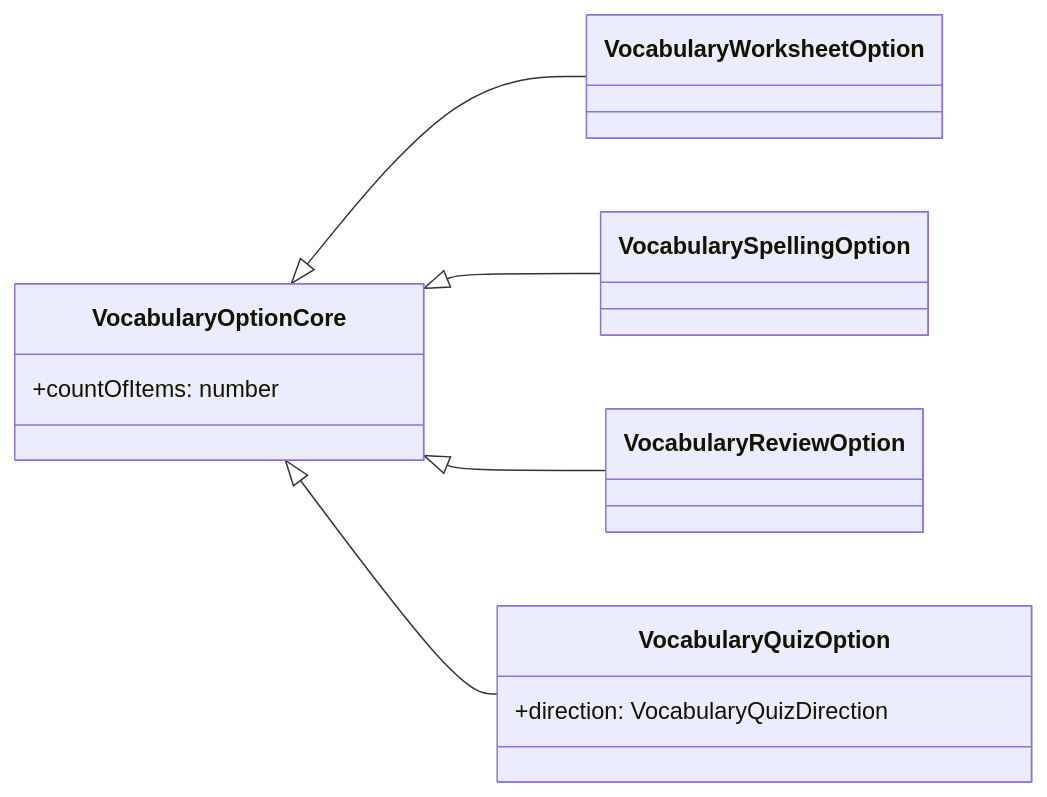
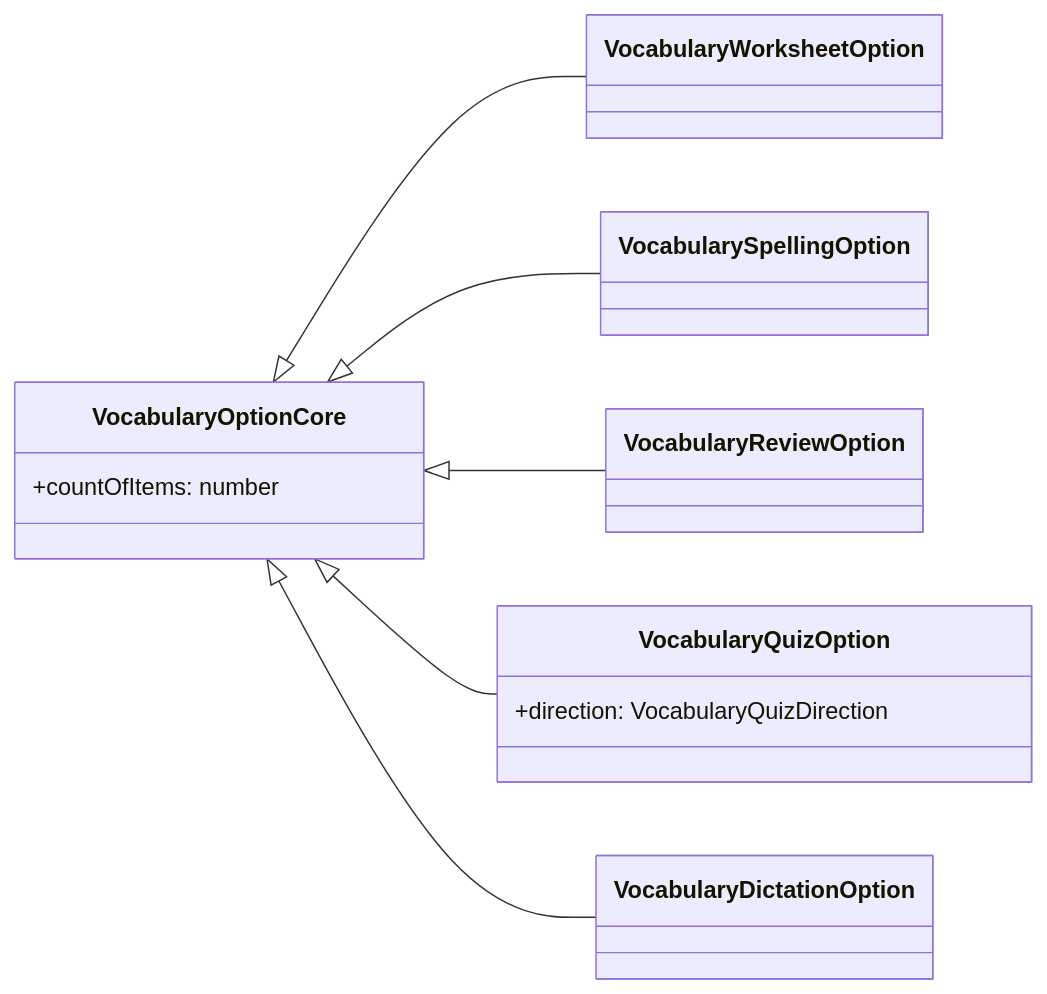
The fourth of 5 diagrams in docs/data-models.md (alvachien/knowledgebuilder), drawn with Mermaid before and after one commit. The commit also changed other lines of this file and 117 other files, not shown here.

````diff
--- a/docs/data-models.md
+++ b/docs/data-models.md
@@ -189,17 +200,18 @@
 ```mermaid
 classDiagram
   direction LR
   class VocabularyOptionCore {
     +countOfItems: number
   }
   class VocabularyWorksheetOption
   class VocabularySpellingOption
   class VocabularyReviewOption
   class VocabularyQuizOption {
     +direction: VocabularyQuizDirection
   }
   VocabularyOptionCore <|-- VocabularyWorksheetOption
   VocabularyOptionCore <|-- VocabularySpellingOption
   VocabularyOptionCore <|-- VocabularyReviewOption
   VocabularyOptionCore <|-- VocabularyQuizOption
+  VocabularyOptionCore <|-- VocabularyDictationOption
 ```
````
